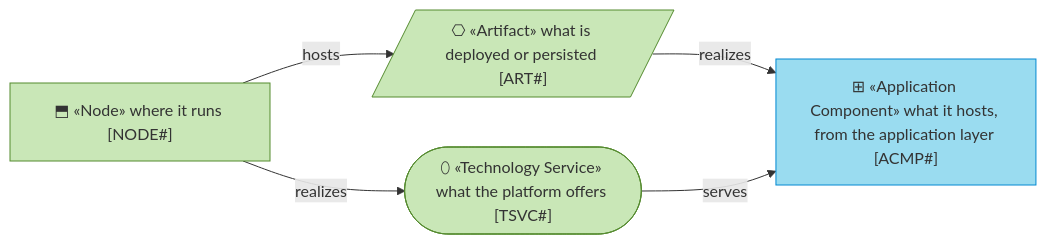
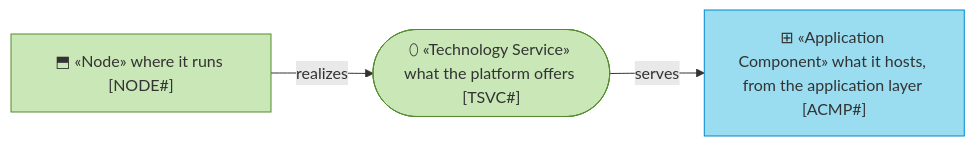
One commit to roanboc/archreator changed the first of 2 diagrams in plugins/archreator/assets/layers/5_technology/README.md. Above: the diagram before and after it, drawn with Mermaid. The commit also changed other lines of this file and 47 other files, not shown here.

````diff
--- a/plugins/archreator/assets/layers/5_technology/README.md
+++ b/plugins/archreator/assets/layers/5_technology/README.md
@@ -32,16 +33,13 @@
 ```mermaid
 flowchart LR
   %% legend
   node["⬒ «Node» where it runs [NODE#]"]:::technology
   tsvc(["⬯ «Technology Service» what the platform offers [TSVC#]"]):::technology
-  art[/"⎔ «Artifact» what is deployed or persisted [ART#]"/]:::technology
   cmp["⊞ «Application Component» what it hosts, from the application layer [ACMP#]"]:::application
 
   node -->|realizes| tsvc
-  node -->|hosts| art
-  art -->|realizes| cmp
   tsvc -->|serves| cmp
 
   classDef technology fill:#c9e7b7,stroke:#558b2f,color:#333
   classDef application fill:#9adcf0,stroke:#0288d1,color:#333
 ```
````
